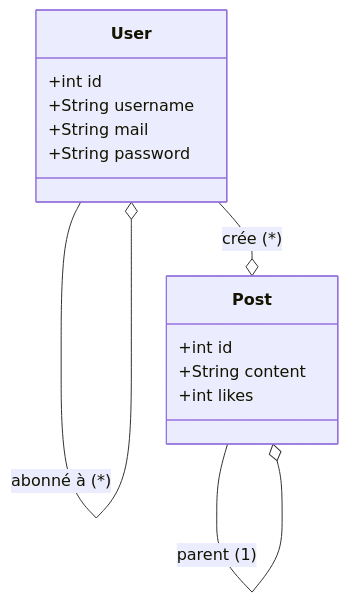
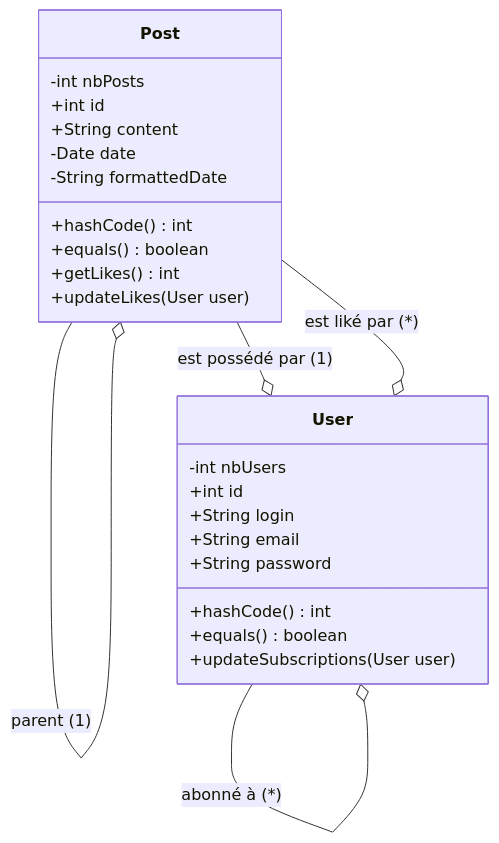
Before and after one commit to QDeh/Miniature: the diagram in Documentation.md, drawn with Mermaid. The commit also changed 15 other files, not shown here.

````diff
--- a/Documentation.md
+++ b/Documentation.md
@@ -11,19 +11,30 @@
 ```mermaid
 classDiagram
 
+Post --o Post : parent (1)
 User --o User : abonné à (*)
-User --o Post : crée (*)
-Post --o Post : parent (1)
+Post --o User : est possédé par (1)
+Post --o User : est liké par (*) 
 class User{
+-int nbUsers
 +int id
-+String username
-+String mail
++String login
++String email
 +String password
++hashCode() int
++equals() boolean
++updateSubscriptions(User user)
 }
 
 class Post{
+-int nbPosts
 +int id
 +String content
-+int likes
+-Date date
+-String formattedDate
++hashCode() int
++equals() boolean
++getLikes() int
++updateLikes(User user)
 }
 ```
````
